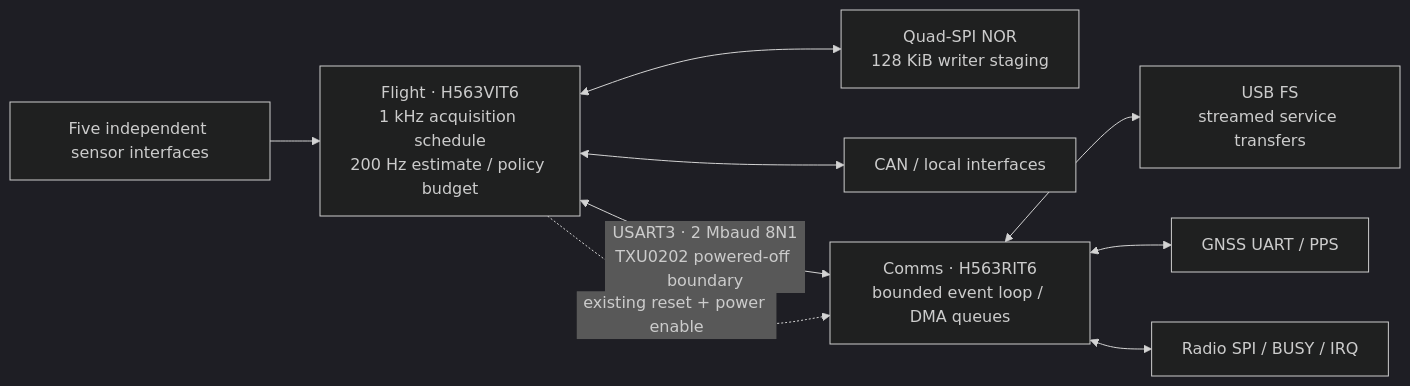
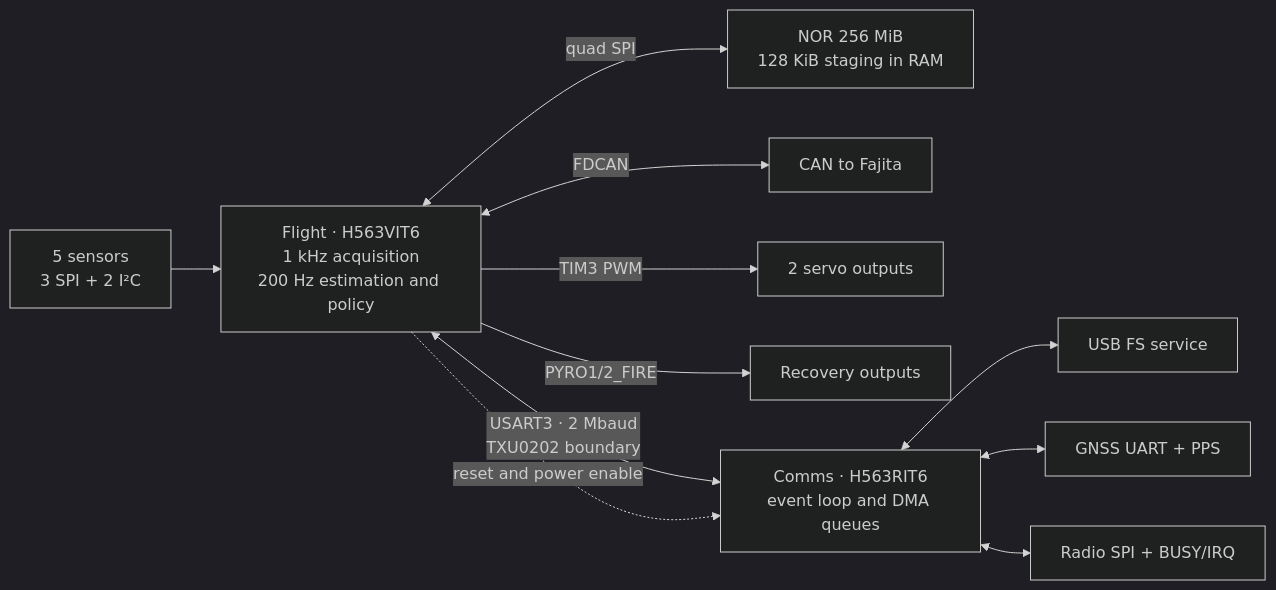
Before and after one commit to ULAS-HiPR/Ogma2: the diagram in docs/architecture/01-mcus.md, drawn with Mermaid (dark theme). The commit also changed other lines of this file and 25 other files, not shown here.

````diff
--- a/docs/architecture/01-mcus.md
+++ b/docs/architecture/01-mcus.md
@@ -20,17 +11,19 @@
 ```mermaid
 flowchart LR
-  S["Five independent sensor interfaces"] --> F["Flight · H563VIT6
-1 kHz acquisition schedule
-200 Hz estimate / policy budget"]
-  F <--> N["Quad-SPI NOR
-128 KiB writer staging"]
-  F <--> V["CAN / local interfaces"]
-  F <-->|"USART3 · 2 Mbaud 8N1
-TXU0202 powered-off boundary"| C["Comms · H563RIT6
-bounded event loop / DMA queues"]
-  C <--> U["USB FS
-streamed service transfers"]
-  C <--> G["GNSS UART / PPS"]
-  C <--> R["Radio SPI / BUSY / IRQ"]
-  F -.->|"existing reset + power enable"| C
+  S["5 sensors
+3 SPI + 2 I²C"] --> F["Flight · H563VIT6
+1 kHz acquisition
+200 Hz estimation and policy"]
+  F <-->|"quad SPI"| N["NOR 256 MiB
+128 KiB staging in RAM"]
+  F <-->|"FDCAN"| V["CAN to Fajita"]
+  F -->|"TIM3 PWM"| P["2 servo outputs"]
+  F -->|"PYRO1/2_FIRE"| O["Recovery outputs"]
+  F <-->|"USART3 · 2 Mbaud
+TXU0202 boundary"| C["Comms · H563RIT6
+event loop and DMA queues"]
+  C <--> U["USB FS service"]
+  C <--> G["GNSS UART + PPS"]
+  C <--> R["Radio SPI + BUSY/IRQ"]
+  F -.->|"reset and power enable"| C
 ```
````
